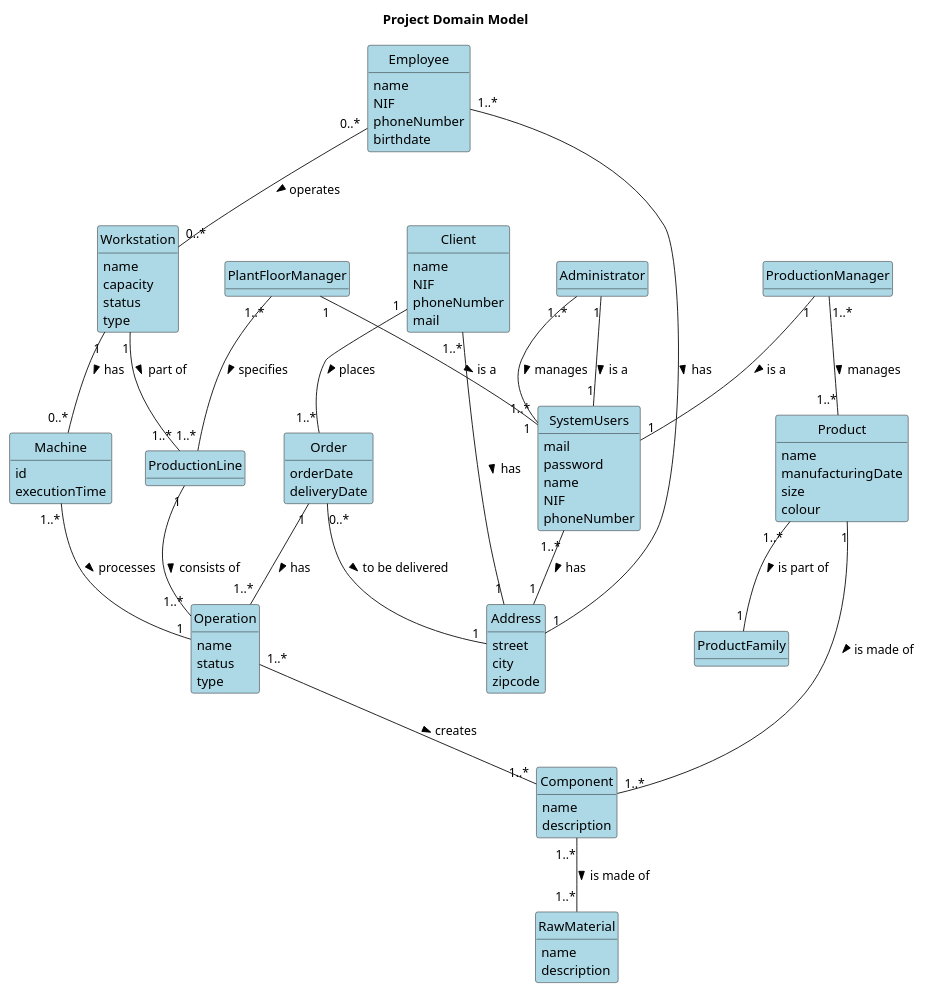
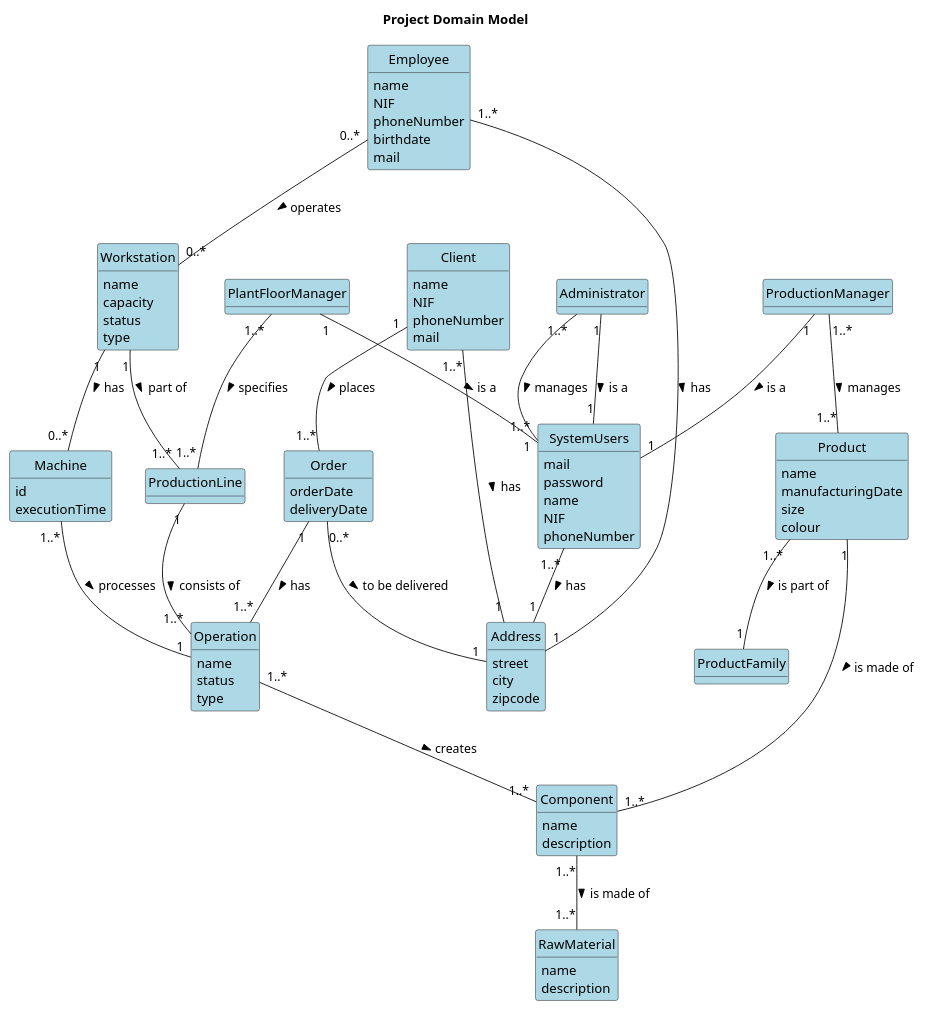
The diagram in others/documentation/global-artifacts/domain-model.puml (ricardomm7/buildflow), drawn with PlantUML before and after one commit. The commit also changed 8 other files, not shown here.

```diff
--- a/others/documentation/global-artifacts/domain-model.puml
+++ b/others/documentation/global-artifacts/domain-model.puml
@@ -1,130 +1,131 @@
 @startuml
 skinparam classBackgroundColor #ADD8E6
 skinparam packageStyle rectangle
 skinparam shadowing false
 skinparam classAttributeIconSize 0
 hide circle
 hide methods
 'left to right direction
 
 title Project Domain Model
 
 class ProductionLine{
 
 }
 class Administrator{
 
 }
 class SystemUsers{
     mail
     password
     name
     NIF
     phoneNumber
 }
 class PlantFloorManager{
 
 }
 class ProductionManager{
 
 }
 
 class RawMaterial {
     name
     description
 }
 
 class Product {
     name
     manufacturingDate
     size
     colour
 }
 
 class Component {
     name
     description
 }
 
 class Machine {
     id
     executionTime
 }
 
 class Employee {
     name
     NIF
     phoneNumber
     birthdate
+    mail
 }
 
 class Operation {
     name
     status
     type
 }
 
 class Workstation {
     name
     capacity
     status
     type
 }
 
 'class Factory {
    ' name
    ' specialty
 '}
 
 class Order {
     product(s)
     orderDate
     deliveryDate
 }
 
 class Client {
     name
     NIF
     phoneNumber
     mail
 }
 
 class Address {
     street
     city
     zipcode
 }
 
 class ProductFamily {
 
 }
 
 Administrator"1" -- "1" SystemUsers: is a >
 ProductionManager"1" -- "1" SystemUsers: is a >
 PlantFloorManager"1" -- "1" SystemUsers: is a >
 Administrator"1..*" -- "1..*" SystemUsers: manages >
 PlantFloorManager"1..*" -- "1..*" ProductionLine: specifies >
 Workstation "1" -- "0..*" Machine: has >
 ProductionManager "1..*" -- "1..*" Product: manages >
 Component "1..*" -- "1..*" RawMaterial: is made of >
 Product "1" -- "1..*" Component : is made of >
 'Component "1" -- "1..*" Operation : is related to >
 'RawMaterial "1" -- "1..*" Operation : is related to >
 Operation "1..*" -- "1..*" Component : creates >
 Order "1" -- "1..*" Operation : has >
 'assumindo que não existem encomendas iguais
 Client "1" -- "1..*" Order : places >
 Machine "1..*" -- "1" Operation : processes >
 Employee "0..*" -- "0..*" Workstation : operates >
 Workstation "1" -- "1..*" ProductionLine : part of >
 'Factory "1" -- "1..*" Workstation : has >
 
 Client "1..*" -- "1" Address : has >
 'Factory "1" -- "1" Address : has >
 Order "0..*" -- "1" Address : to be delivered >
 Employee "1..*" -- "1" Address : has >
 SystemUsers "1..*" -- "1" Address : has >
 
 Product "1..*" -- "1" ProductFamily : is part of >
 ProductionLine "1" -- "1..*" Operation : consists of >
 @enduml
```
